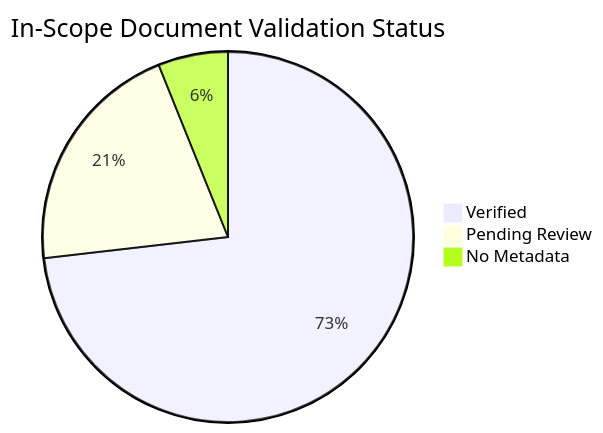
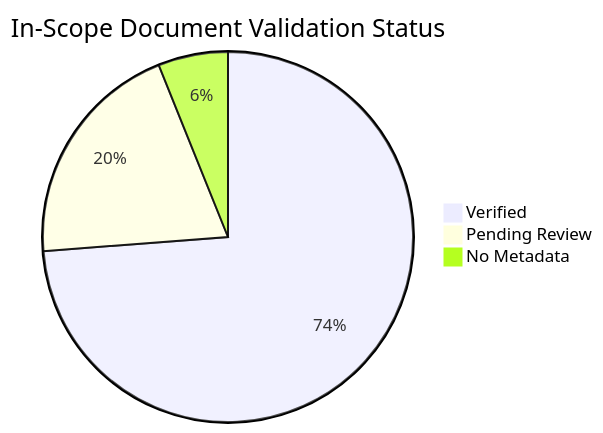
The diagram in docs/reference/content-validation-status.md (yeongseon/azure-container-apps-practical-guide), drawn with Mermaid before and after one commit. The commit also changed other lines of this file and 1 other file, not shown here.

Commit message:
docs: verify content_validation for operations/jobs/index (#349) (#351)

````diff
--- a/docs/reference/content-validation-status.md
+++ b/docs/reference/content-validation-status.md
@@ -25,6 +25,6 @@
 ```mermaid
 pie title In-Scope Document Validation Status
-    "Verified" : 120
-    "Pending Review" : 34
+    "Verified" : 121
+    "Pending Review" : 33
     "No Metadata" : 10
 ```
````
